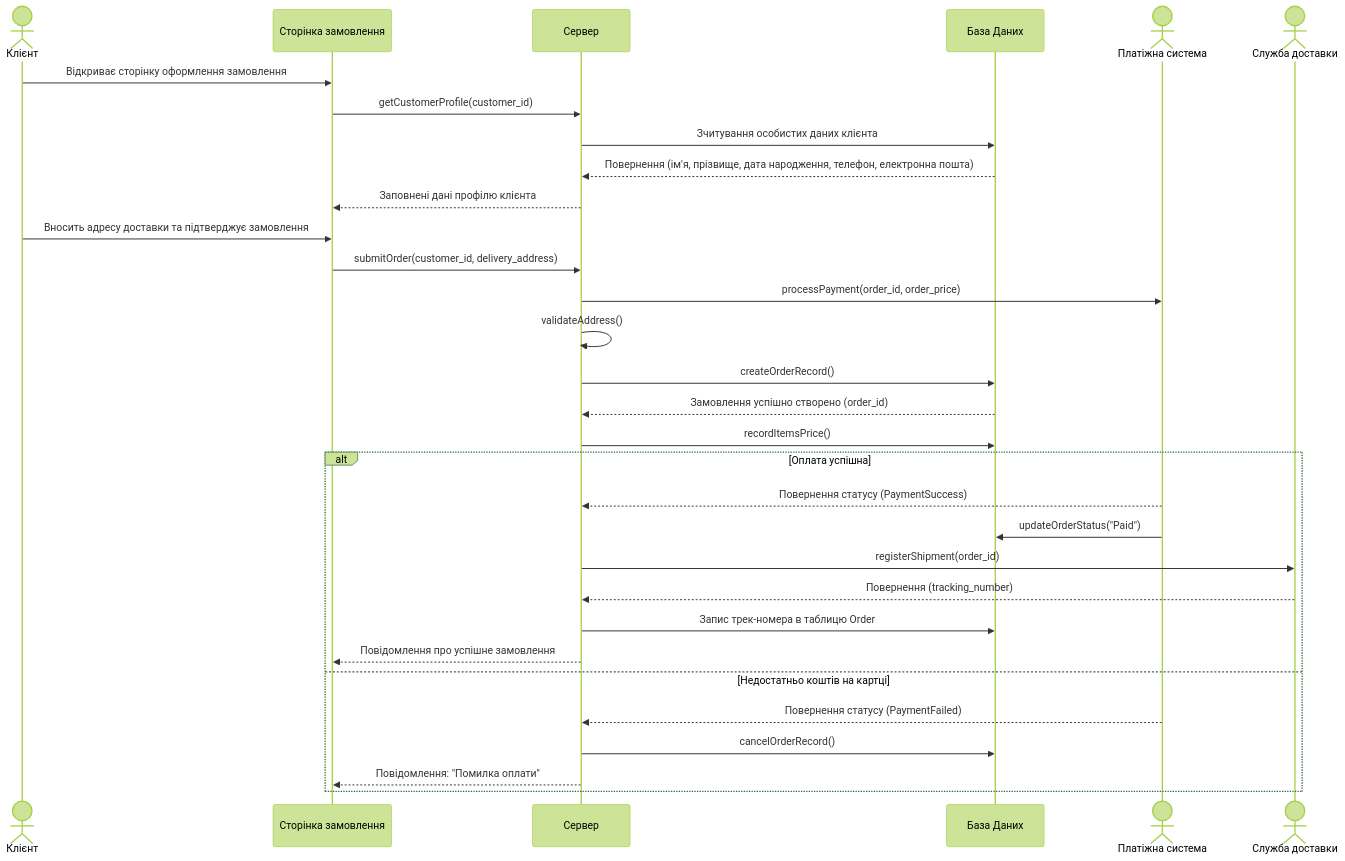
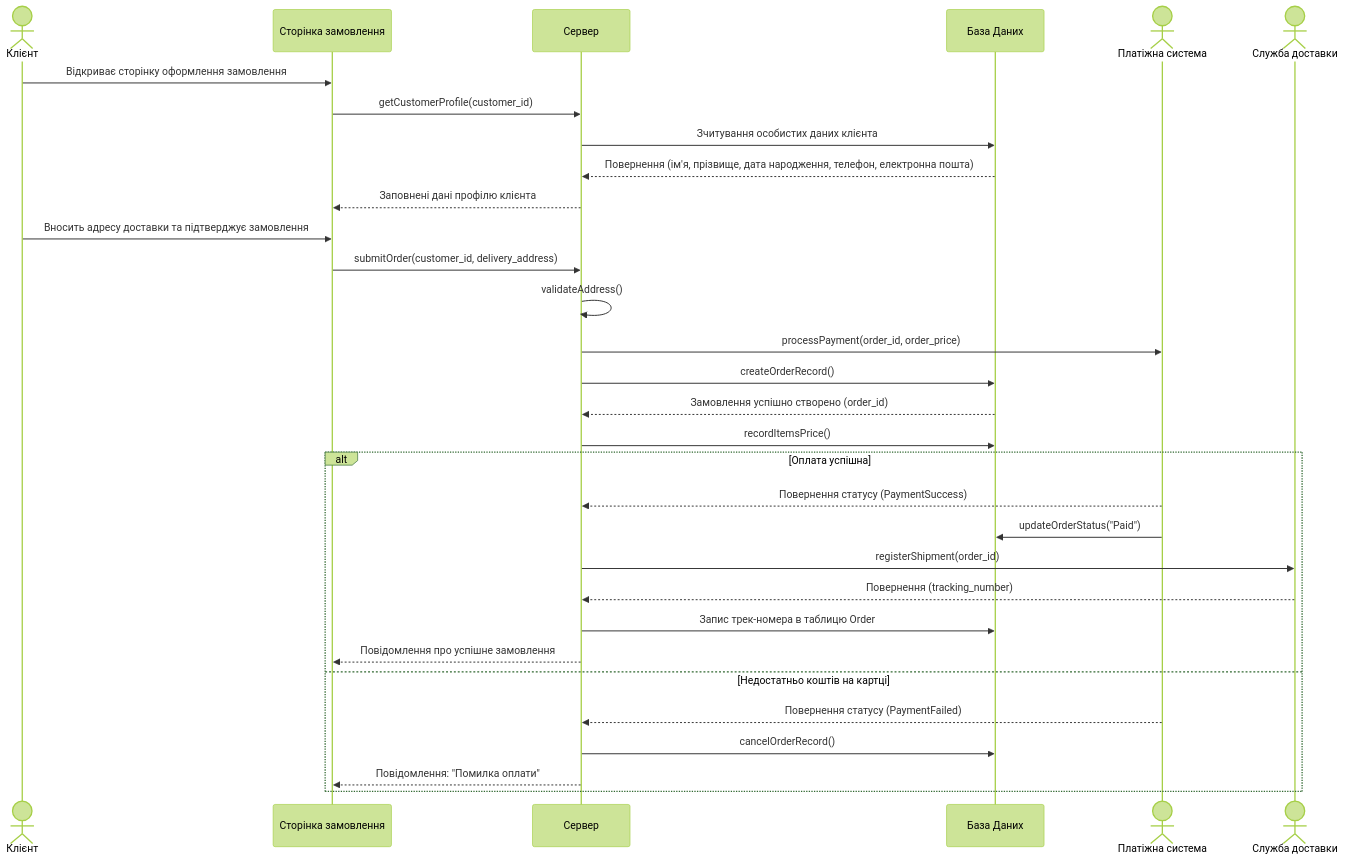
One commit to sofiisunn/KPI changed the diagram in sequence.md. Above: the diagram before and after it, drawn with Mermaid (forest theme). The commit also changed other lines of this file, not shown here.

Commit message:
Reorder payment processing in sequence diagram

````diff
--- a/sequence.md
+++ b/sequence.md
@@ -1,40 +1,40 @@
 ```mermaid
 sequenceDiagram
     actor Customer as Клієнт
     participant CheckoutPage as Сторінка замовлення
     participant OrderController as Сервер
     participant Database as База Даних
     actor PaymentService as Платіжна система
     actor DeliveryService as Служба доставки 
 
     Customer->>CheckoutPage: Відкриває сторінку оформлення замовлення
     CheckoutPage->>OrderController: getCustomerProfile(customer_id)
     OrderController->>Database: Зчитування особистих даних клієнта
     Database-->>OrderController: Повернення (ім'я, прізвище, дата народження, телефон, електронна пошта)
     OrderController-->>CheckoutPage: Заповнені дані профілю клієнта
 
     Customer->>CheckoutPage: Вносить адресу доставки та підтверджує замовлення
     CheckoutPage->>OrderController: submitOrder(customer_id, delivery_address)
     
+    OrderController->>OrderController: validateAddress()
     OrderController->>PaymentService: processPayment(order_id, order_price)
-    OrderController->>OrderController: validateAddress()
     
     OrderController->>Database: createOrderRecord()
     Database-->>OrderController: Замовлення успішно створено (order_id)
     OrderController->>Database: recordItemsPrice()
 
     alt Оплата успішна
         PaymentService-->>OrderController: Повернення статусу (PaymentSuccess)
         PaymentService->>Database: updateOrderStatus("Paid")
         
         OrderController->>DeliveryService: registerShipment(order_id)
         DeliveryService-->>OrderController: Повернення (tracking_number)
         OrderController->>Database: Запис трек-номера в таблицю Order
         OrderController-->>CheckoutPage: Повідомлення про успішне замовлення
 
     else Недостатньо коштів на картці
         PaymentService-->>OrderController: Повернення статусу (PaymentFailed)
         OrderController->>Database: cancelOrderRecord()
         OrderController-->>CheckoutPage: Повідомлення: "Помилка оплати"
     end
 ```
````
